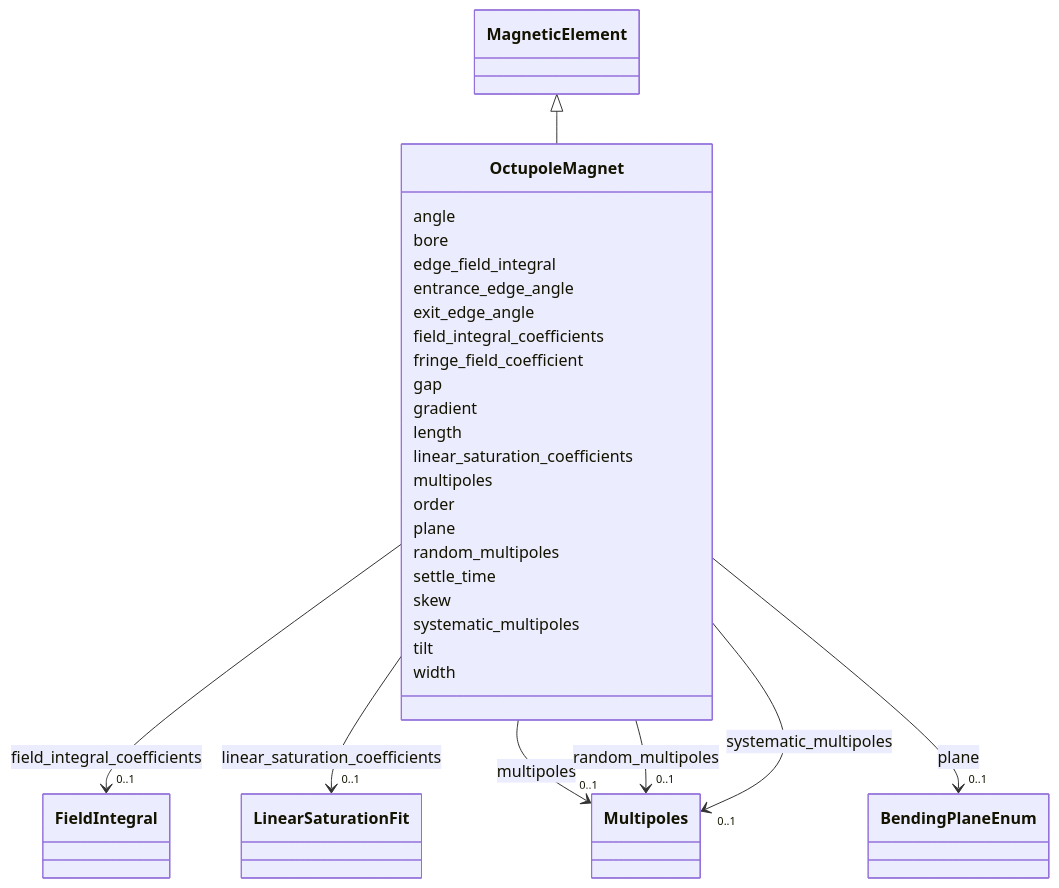
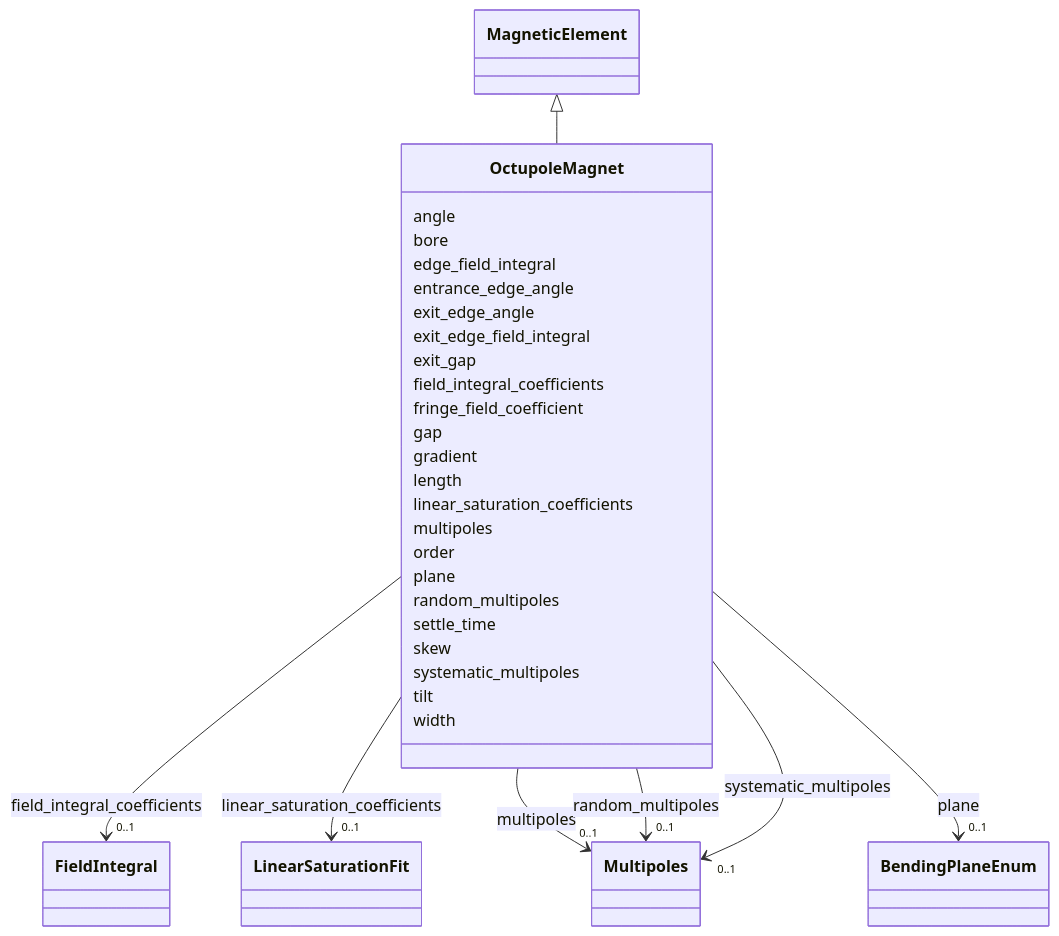
The diagram in docs/source/schema/OctupoleMagnet.md (astec-stfc/laura), drawn with Mermaid before and after one commit. The commit also changed other lines of this file and 54 other files, not shown here.

Commit message:
had to add exit_fringe_integral since it can be asymmetric.....

```diff
--- a/docs/source/schema/OctupoleMagnet.md
+++ b/docs/source/schema/OctupoleMagnet.md
@@ -31,6 +31,10 @@
       OctupoleMagnet : entrance_edge_angle
         
       OctupoleMagnet : exit_edge_angle
+        
+      OctupoleMagnet : exit_edge_field_integral
+        
+      OctupoleMagnet : exit_gap
         
       OctupoleMagnet : field_integral_coefficients
         
```
